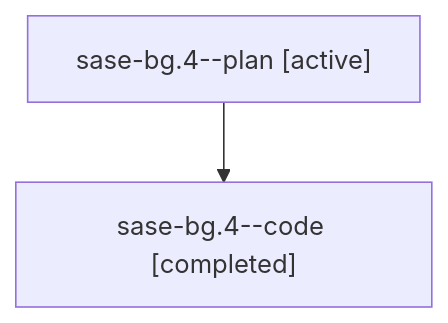
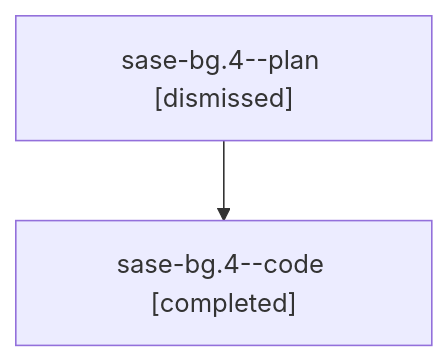
The diagram in sessions/bbugyi200.athena.sase-bg.4.md (sase-org/sase--agents), drawn with Mermaid before and after one commit. The commit also changed other lines of this file and 91 other files, not shown here.

````diff
--- a/sessions/bbugyi200.athena.sase-bg.4.md
+++ b/sessions/bbugyi200.athena.sase-bg.4.md
@@ -9,6 +9,6 @@
 ```mermaid
 flowchart TD
-  n0["sase-bg.4--plan [active]"]
+  n0["sase-bg.4--plan [dismissed]"]
   n1["sase-bg.4--code [completed]"]
   n0 --> n1
 ```
````
